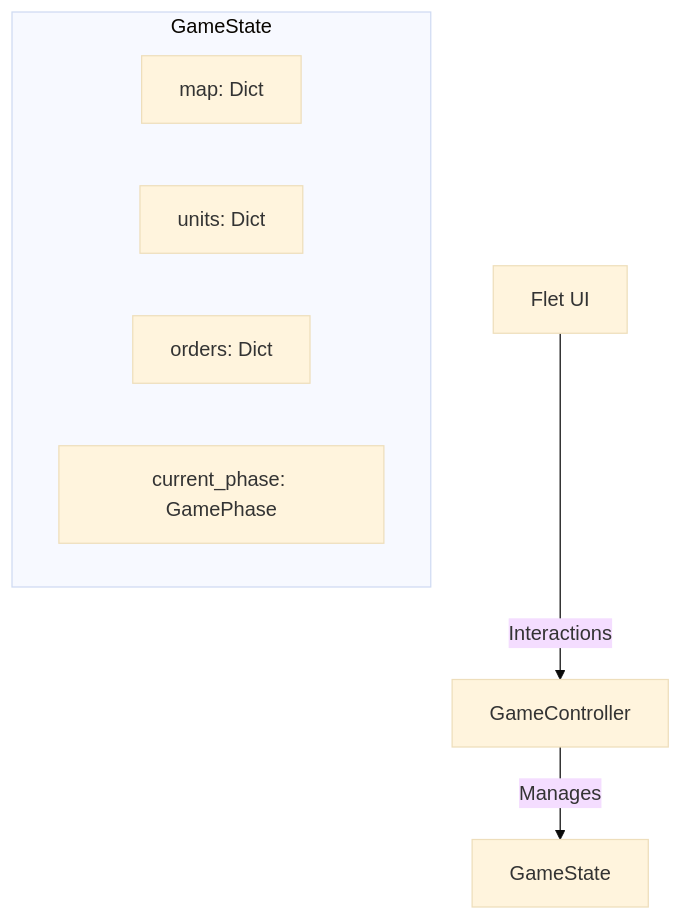
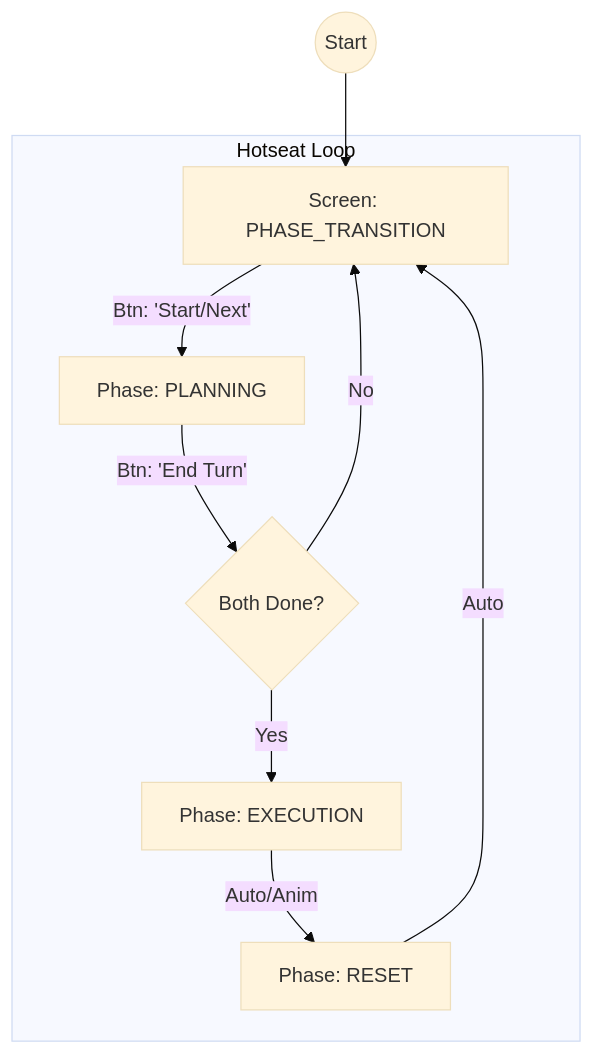
One commit to kodexArg/syv-flet changed the diagram in .claude/skills/state-machine/SKILL.md. Above: the diagram before and after it, drawn with Mermaid (base theme). The commit also changed other lines of this file and 12 other files, not shown here.

````diff
--- a/.claude/skills/state-machine/SKILL.md
+++ b/.claude/skills/state-machine/SKILL.md
@@ -11,12 +77,13 @@
 ```mermaid
 graph TD
-    UI[Flet UI] -->|Interactions| Controller[GameController]
-    Controller -->|Manages| State[GameState]
-
-    subgraph GameState
-        Map[map: Dict]
-        Units[units: Dict]
-        Orders[orders: Dict]
-        FSM[current_phase: GamePhase]
+    Start((Start)) --> TransitionScreen
+    
+    subgraph "Hotseat Loop"
+        TransitionScreen[Screen: PHASE_TRANSITION] -->|Btn: 'Start/Next'| Planning[Phase: PLANNING]
+        Planning -->|Btn: 'End Turn'| Check{Both Done?}
+        Check -->|No| TransitionScreen
+        Check -->|Yes| Execution[Phase: EXECUTION]
+        Execution -->|Auto/Anim| Reset[Phase: RESET]
+        Reset -->|Auto| TransitionScreen
     end
 ```
````
